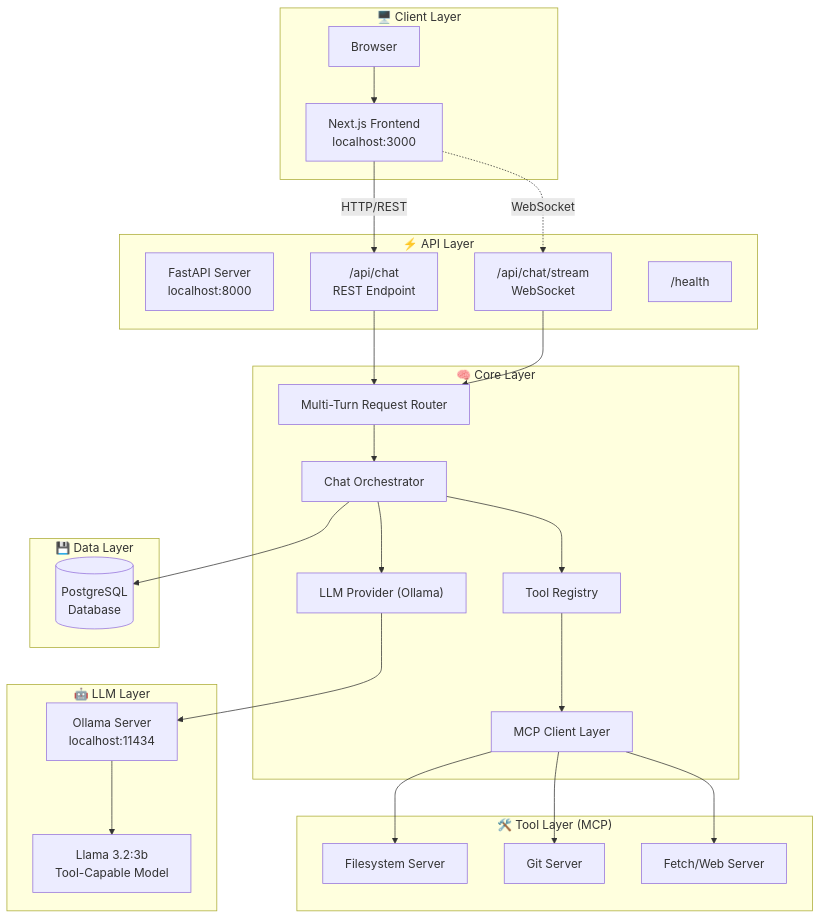
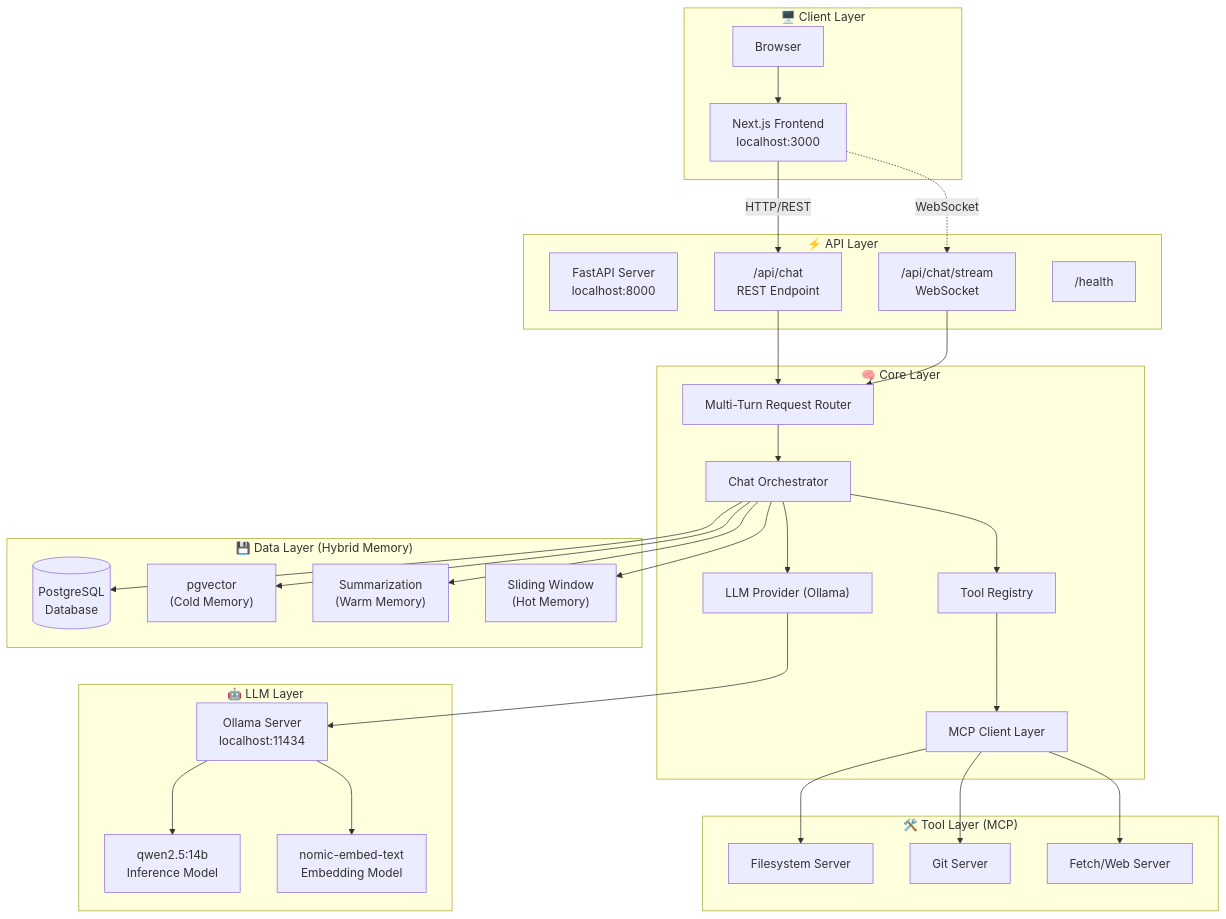
Before and after one commit to Manthya/chatbot-ai-systems-production: the first of 6 diagrams in README.md, drawn with Mermaid. The commit also changed other lines of this file and 13 other files, not shown here.

Commit message:
updated db with 3 layer memory

````diff
--- a/README.md
+++ b/README.md
@@ -79,53 +79,61 @@
 ```mermaid
 flowchart TB
     subgraph Client["🖥️ Client Layer"]
         Browser["Browser"]
         UI["Next.js Frontend<br/>localhost:3000"]
     end
     
     subgraph API["⚡ API Layer"]
         FastAPI["FastAPI Server<br/>localhost:8000"]
         REST["/api/chat<br/>REST Endpoint"]
         WS["/api/chat/stream<br/>WebSocket"]
         Health["/health"]
     end
     
     subgraph Core["🧠 Core Layer"]
         Router["Multi-Turn Request Router"]
         Provider["LLM Provider (Ollama)"]
         Registry["Tool Registry"]
         MCPClient["MCP Client Layer"]
         Orchestrator["Chat Orchestrator"]
     end
 
-    subgraph Data["💾 Data Layer"]
+    subgraph Data["💾 Data Layer (Hybrid Memory)"]
         DB[(PostgreSQL\nDatabase)]
+        Vector["pgvector\n(Cold Memory)"]
+        Summary["Summarization\n(Warm Memory)"]
+        Window["Sliding Window\n(Hot Memory)"]
     end
     
     subgraph Tools["🛠️ Tool Layer (MCP)"]
         FS["Filesystem Server"]
         Git["Git Server"]
         Fetch["Fetch/Web Server"]
     end
     
     subgraph LLM["🤖 LLM Layer"]
         Ollama["Ollama Server<br/>localhost:11434"]
-        Model["Llama 3.2:3b<br/>Tool-Capable Model"]
+        Inference["qwen2.5:14b<br/>Inference Model"]
+        Embed["nomic-embed-text<br/>Embedding Model"]
     end
     
     Browser --> UI
     UI -->|HTTP/REST| REST
     UI -.->|WebSocket| WS
     REST --> Router
     WS --> Router
     Router --> Orchestrator
     Orchestrator --> Provider
     Orchestrator --> Registry
     Orchestrator --> DB
+    Orchestrator --> Vector
+    Orchestrator --> Summary
+    Orchestrator --> Window
     Provider --> Ollama
-    Ollama --> Model
+    Ollama --> Inference
+    Ollama --> Embed
     Registry --> MCPClient
     MCPClient --> FS
     MCPClient --> Git
     MCPClient --> Fetch
 ```
````
